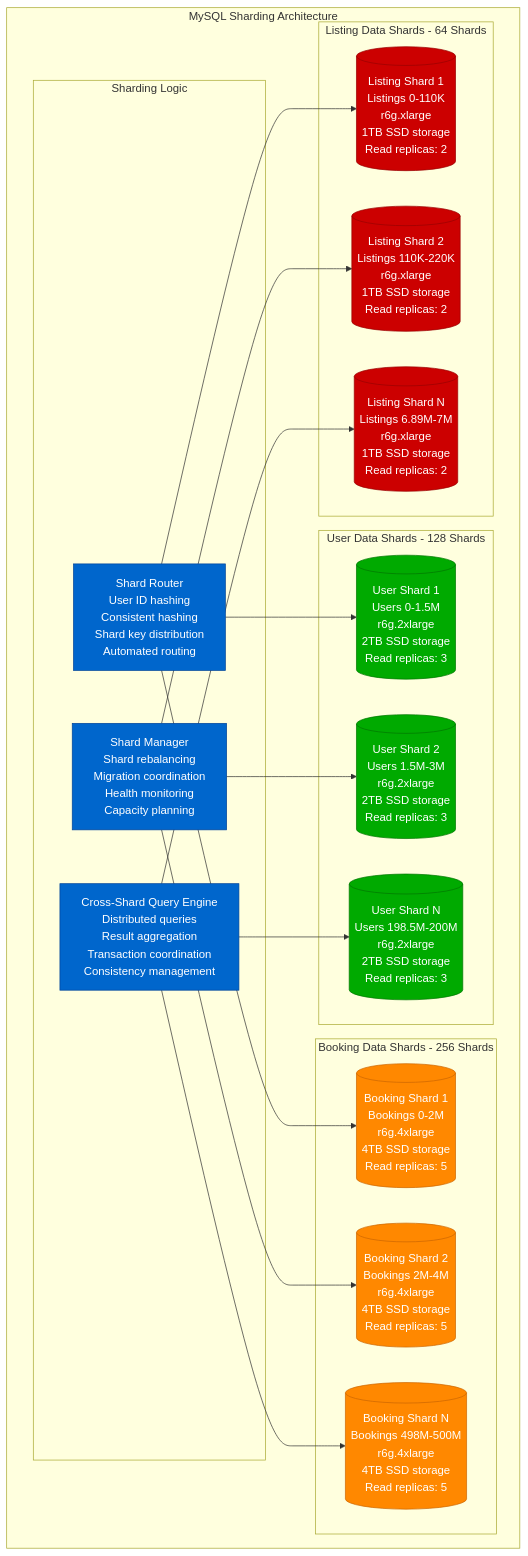
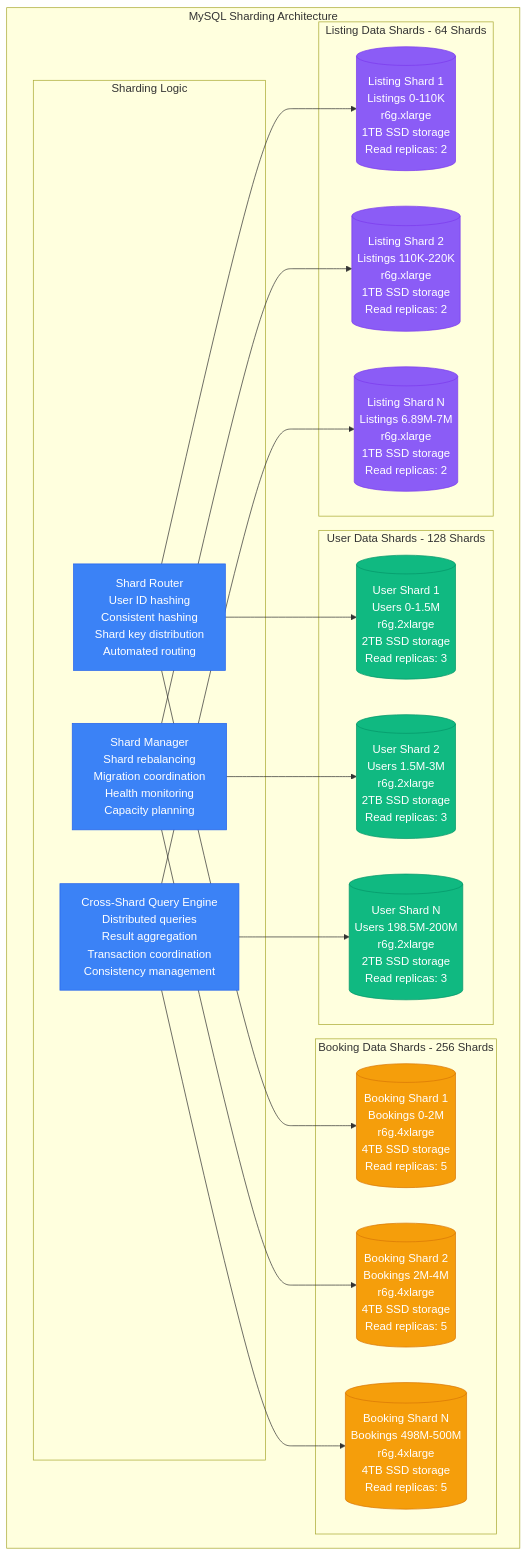
One commit to deepaucksharma/DS changed the second of 5 diagrams in site/docs/systems/airbnb/storage-architecture.md. Above: the diagram before and after it, drawn with Mermaid. The commit also changed other lines of this file and 303 other files, not shown here.

````diff
--- a/site/docs/systems/airbnb/storage-architecture.md
+++ b/site/docs/systems/airbnb/storage-architecture.md
@@ -150,58 +150,58 @@
 ```mermaid
 graph TB
     subgraph MySQLSharding[MySQL Sharding Architecture]
         subgraph ShardingLogic[Sharding Logic]
             ShardRouter[Shard Router<br/>User ID hashing<br/>Consistent hashing<br/>Shard key distribution<br/>Automated routing]
 
             ShardManager[Shard Manager<br/>Shard rebalancing<br/>Migration coordination<br/>Health monitoring<br/>Capacity planning]
 
             CrossShardQueries[Cross-Shard Query Engine<br/>Distributed queries<br/>Result aggregation<br/>Transaction coordination<br/>Consistency management]
         end
 
         subgraph UserShards[User Data Shards - 128 Shards]
             UserShard1[(User Shard 1<br/>Users 0-1.5M<br/>r6g.2xlarge<br/>2TB SSD storage<br/>Read replicas: 3)]
 
             UserShard2[(User Shard 2<br/>Users 1.5M-3M<br/>r6g.2xlarge<br/>2TB SSD storage<br/>Read replicas: 3)]
 
             UserShardN[(User Shard N<br/>Users 198.5M-200M<br/>r6g.2xlarge<br/>2TB SSD storage<br/>Read replicas: 3)]
         end
 
         subgraph BookingShards[Booking Data Shards - 256 Shards]
             BookingShard1[(Booking Shard 1<br/>Bookings 0-2M<br/>r6g.4xlarge<br/>4TB SSD storage<br/>Read replicas: 5)]
 
             BookingShard2[(Booking Shard 2<br/>Bookings 2M-4M<br/>r6g.4xlarge<br/>4TB SSD storage<br/>Read replicas: 5)]
 
             BookingShardN[(Booking Shard N<br/>Bookings 498M-500M<br/>r6g.4xlarge<br/>4TB SSD storage<br/>Read replicas: 5)]
         end
 
         subgraph ListingShards[Listing Data Shards - 64 Shards]
             ListingShard1[(Listing Shard 1<br/>Listings 0-110K<br/>r6g.xlarge<br/>1TB SSD storage<br/>Read replicas: 2)]
 
             ListingShard2[(Listing Shard 2<br/>Listings 110K-220K<br/>r6g.xlarge<br/>1TB SSD storage<br/>Read replicas: 2)]
 
             ListingShardN[(Listing Shard N<br/>Listings 6.89M-7M<br/>r6g.xlarge<br/>1TB SSD storage<br/>Read replicas: 2)]
         end
     end
 
     ShardRouter --> UserShard1
     ShardRouter --> BookingShard1
     ShardRouter --> ListingShard1
 
     ShardManager --> UserShard2
     ShardManager --> BookingShard2
     ShardManager --> ListingShard2
 
     CrossShardQueries --> UserShardN
     CrossShardQueries --> BookingShardN
     CrossShardQueries --> ListingShardN
 
-    classDef routingStyle fill:#0066CC,stroke:#004499,color:#fff
-    classDef userStyle fill:#00AA00,stroke:#007700,color:#fff
-    classDef bookingStyle fill:#FF8800,stroke:#CC6600,color:#fff
-    classDef listingStyle fill:#CC0000,stroke:#990000,color:#fff
+    classDef routingStyle fill:#3B82F6,stroke:#2563EB,color:#fff
+    classDef userStyle fill:#10B981,stroke:#059669,color:#fff
+    classDef bookingStyle fill:#F59E0B,stroke:#D97706,color:#fff
+    classDef listingStyle fill:#8B5CF6,stroke:#7C3AED,color:#fff
 
     class ShardRouter,ShardManager,CrossShardQueries routingStyle
     class UserShard1,UserShard2,UserShardN userStyle
     class BookingShard1,BookingShard2,BookingShardN bookingStyle
     class ListingShard1,ListingShard2,ListingShardN listingStyle
 ```
````
